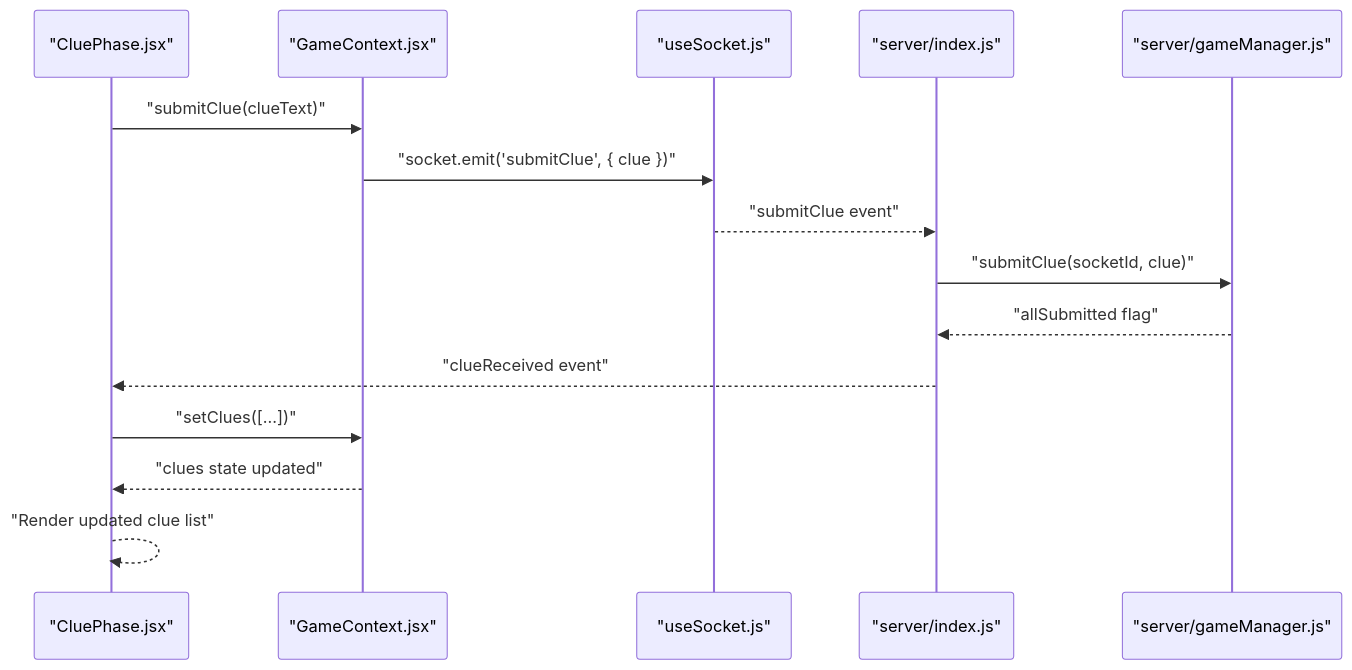
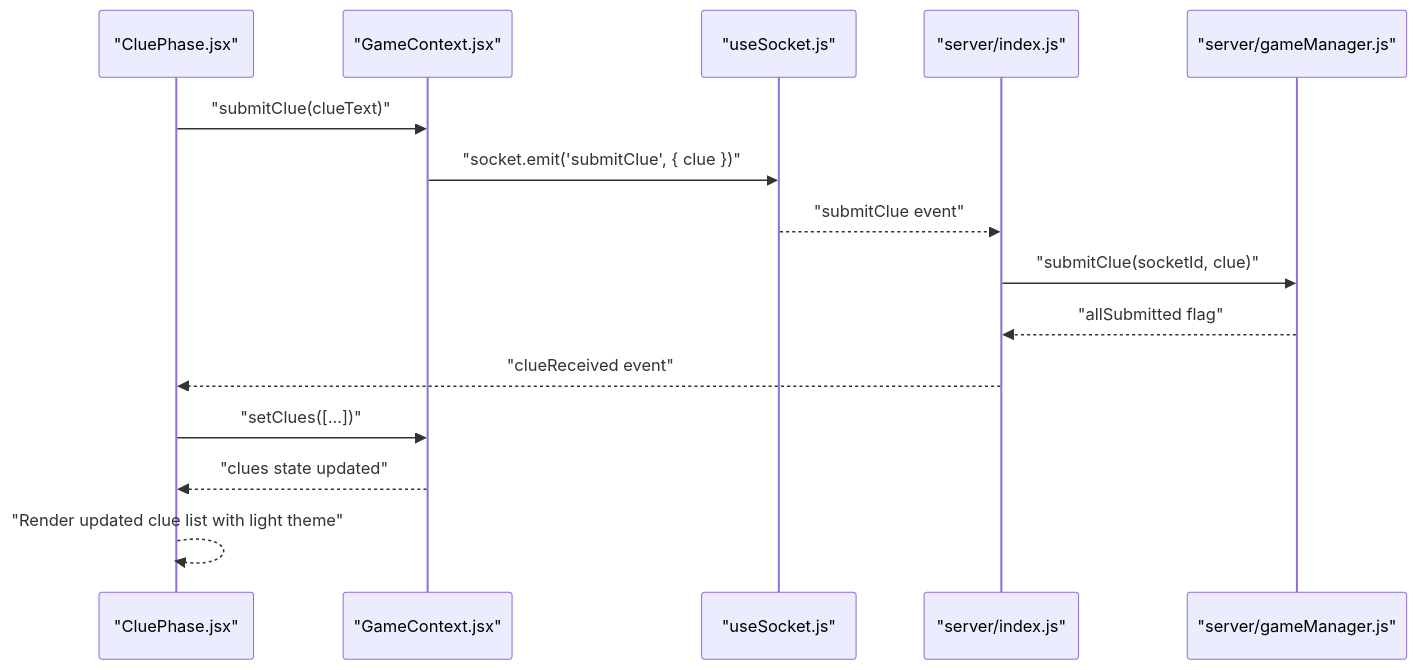
Before and after one commit to sparshgupta001/imposter_game: the second of 4 diagrams in .qoder/repowiki/en/content/Game Screens and UI Components/Clue Phase Screen.md, drawn with Mermaid. The commit also changed other lines of this file and 22 other files, not shown here.

````diff
--- a/.qoder/repowiki/en/content/Game Screens and UI Components/Clue Phase Screen.md
+++ b/.qoder/repowiki/en/content/Game Screens and UI Components/Clue Phase Screen.md
@@ -99,17 +111,17 @@
 ```mermaid
 sequenceDiagram
 participant Client as "CluePhase.jsx"
 participant Context as "GameContext.jsx"
 participant SocketHook as "useSocket.js"
 participant Server as "server/index.js"
 participant Manager as "server/gameManager.js"
 Client->>Context : "submitClue(clueText)"
 Context->>SocketHook : "socket.emit('submitClue', { clue })"
 SocketHook-->>Server : "submitClue event"
 Server->>Manager : "submitClue(socketId, clue)"
 Manager-->>Server : "allSubmitted flag"
 Server-->>Client : "clueReceived event"
 Client->>Context : "setClues([...])"
 Context-->>Client : "clues state updated"
-Client-->>Client : "Render updated clue list"
+Client-->>Client : "Render updated clue list with light theme"
 ```
````
